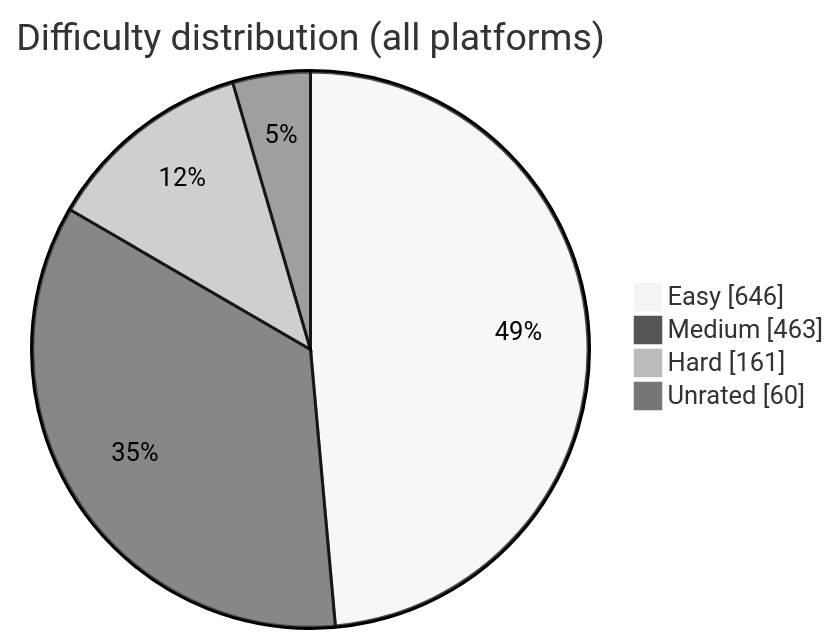
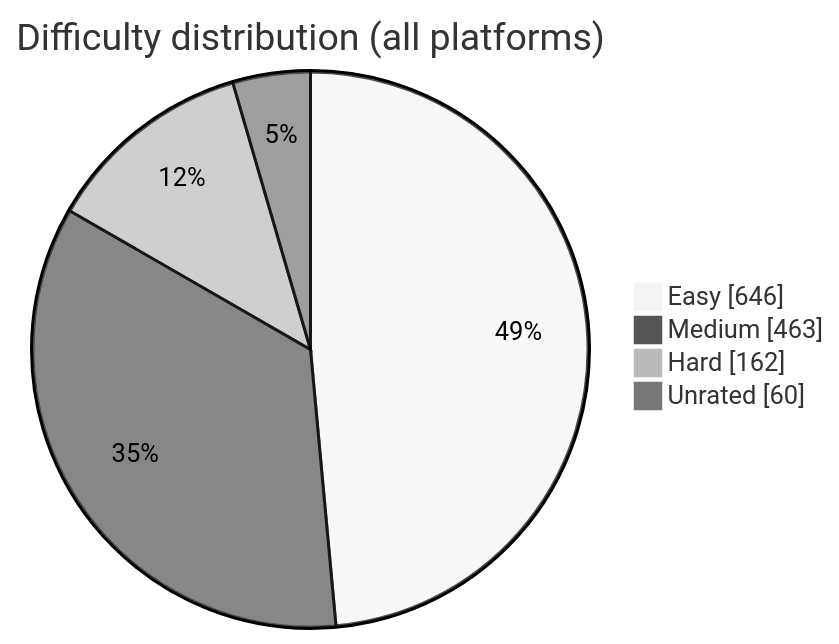
Before and after one commit to BuildbyArindam/Daily-Coding-Log: the diagram in README.md, drawn with Mermaid (neutral theme). The commit also changed other lines of this file, not shown here.

````diff
--- a/README.md
+++ b/README.md
@@ -93,7 +93,7 @@
 ```mermaid
 pie showData title Difficulty distribution (all platforms)
     "Easy" : 646
     "Medium" : 463
-    "Hard" : 161
+    "Hard" : 162
     "Unrated" : 60
 ```
````
